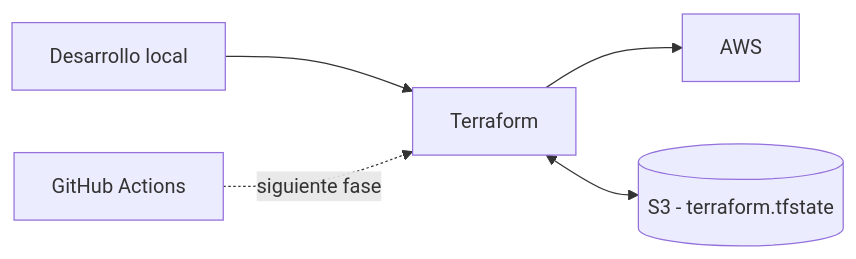
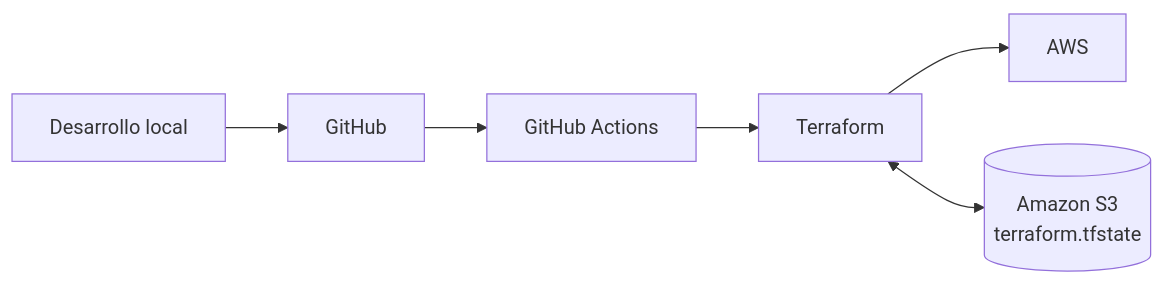
The first of 2 diagrams in README.md (Rosten1805/pipeline-terraform-github-actions-aws), drawn with Mermaid before and after one commit. The commit also changed other lines of this file and 38 other files, not shown here.

````diff
--- a/README.md
+++ b/README.md
@@ -24,7 +39,8 @@
 ```mermaid
 flowchart LR
-    DEV[Desarrollo local] --> TF[Terraform]
+    DEV[Desarrollo local] --> GIT[GitHub]
+    GIT --> GA[GitHub Actions]
+    GA --> TF[Terraform]
     TF --> AWS[AWS]
-    TF <--> STATE[(S3 - terraform.tfstate)]
-    GH[GitHub Actions] -. siguiente fase .-> TF
+    TF <--> S3[(Amazon S3<br/>terraform.tfstate)]
 ```
````
